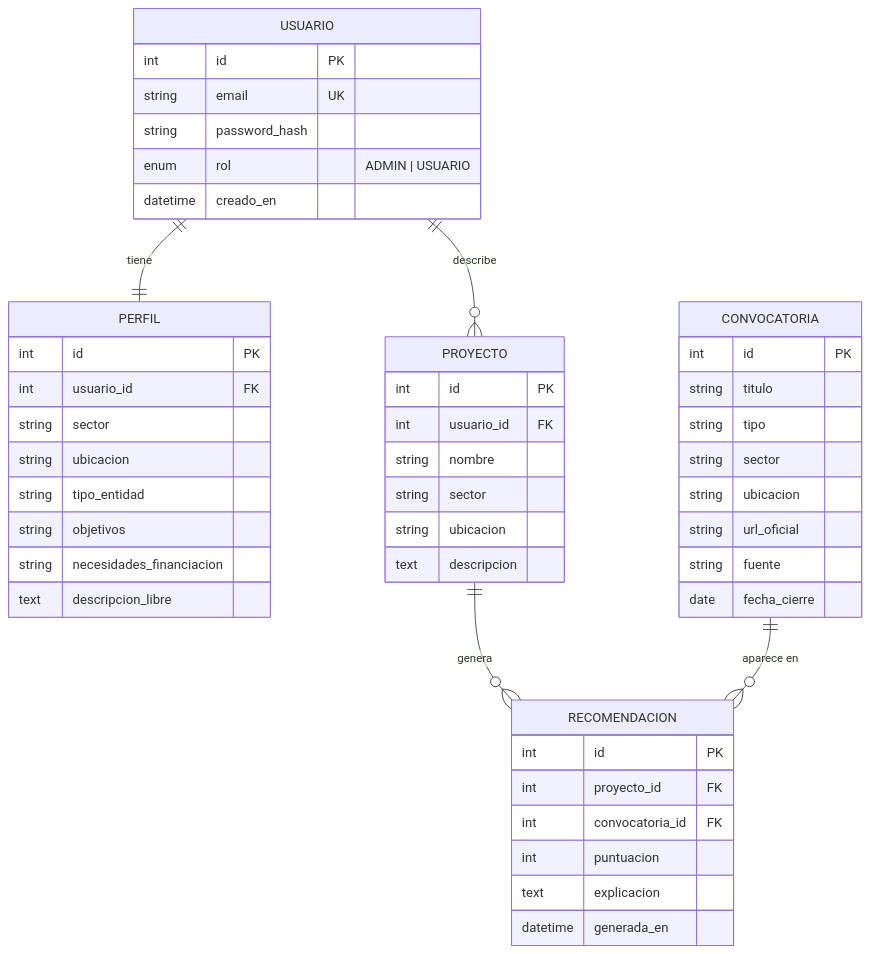
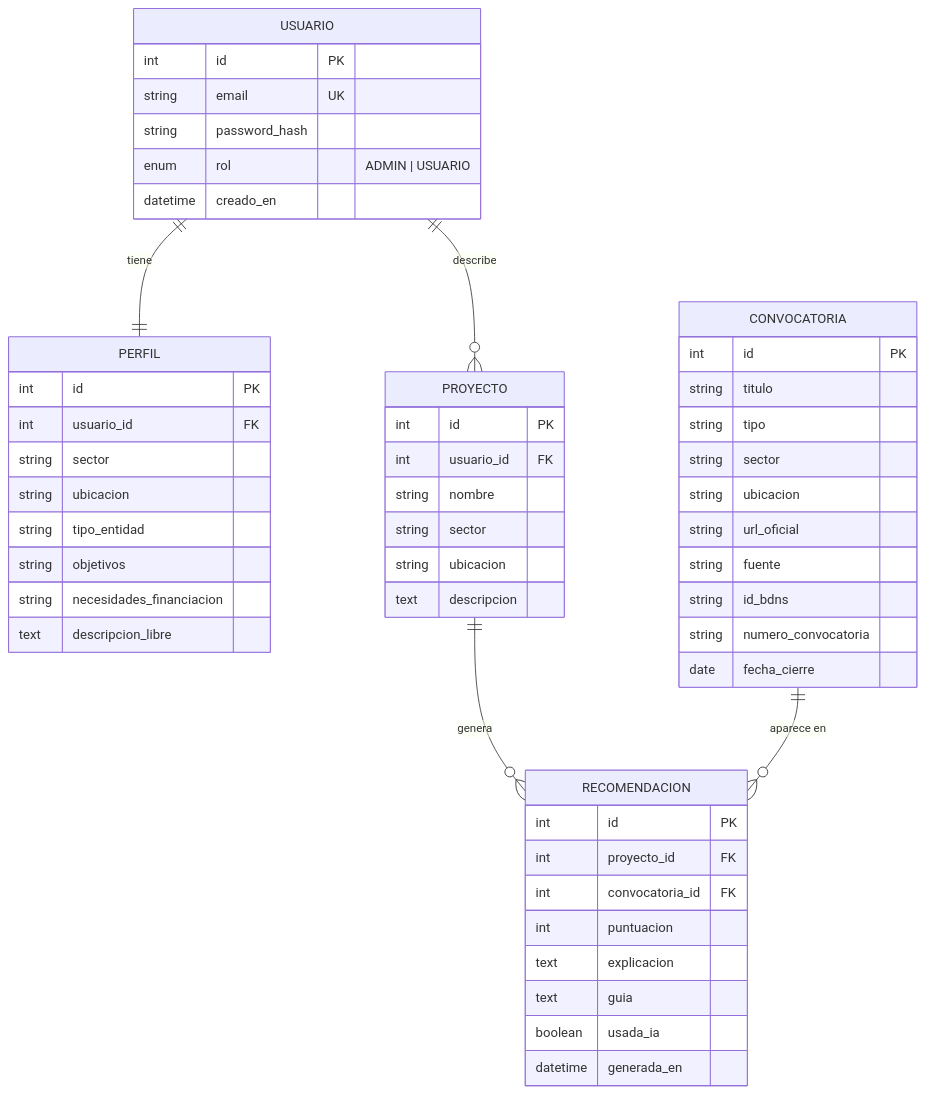
One commit to daniicg05/Syntia changed the first of 6 diagrams in docs/06-diagramas.md. Above: the diagram before and after it, drawn with Mermaid. The commit also changed other lines of this file and 12 other files, not shown here.

````diff
--- a/docs/06-diagramas.md
+++ b/docs/06-diagramas.md
@@ -7,55 +7,59 @@
 ```mermaid
 erDiagram
     USUARIO {
         int id PK
         string email UK
         string password_hash
         enum rol "ADMIN | USUARIO"
         datetime creado_en
     }
 
     PERFIL {
         int id PK
         int usuario_id FK
         string sector
         string ubicacion
         string tipo_entidad
         string objetivos
         string necesidades_financiacion
         text descripcion_libre
     }
 
     PROYECTO {
         int id PK
         int usuario_id FK
         string nombre
         string sector
         string ubicacion
         text descripcion
     }
 
     CONVOCATORIA {
         int id PK
         string titulo
         string tipo
         string sector
         string ubicacion
         string url_oficial
         string fuente
+        string id_bdns
+        string numero_convocatoria
         date fecha_cierre
     }
 
     RECOMENDACION {
         int id PK
         int proyecto_id FK
         int convocatoria_id FK
         int puntuacion
         text explicacion
+        text guia
+        boolean usada_ia
         datetime generada_en
     }
 
     USUARIO ||--|| PERFIL : "tiene"
     USUARIO ||--o{ PROYECTO : "describe"
     PROYECTO ||--o{ RECOMENDACION : "genera"
     CONVOCATORIA ||--o{ RECOMENDACION : "aparece en"
 ```
````
